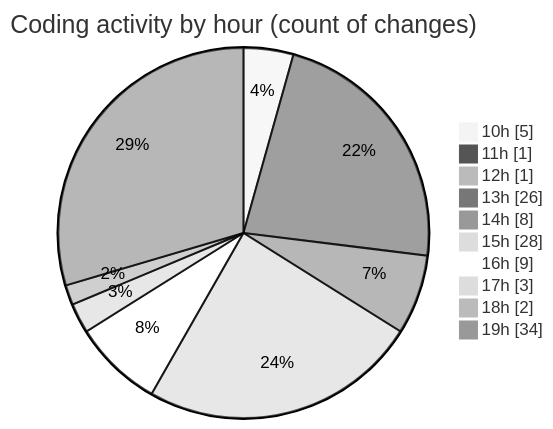
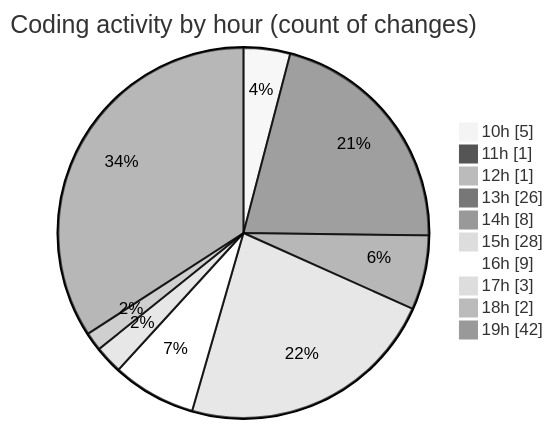
Before and after one commit to momahboobian/code-tracking: the second of 2 diagrams in 2026-04-21/cda/README.md, drawn with Mermaid (neutral theme). The commit also changed other lines of this file and 1 other file, not shown here.

````diff
--- a/2026-04-21/cda/README.md
+++ b/2026-04-21/cda/README.md
@@ -69,14 +70,14 @@
 ```mermaid
 pie showData
 title Coding activity by hour (count of changes)
 "10h" : 5
 "11h" : 1
 "12h" : 1
 "13h" : 26
 "14h" : 8
 "15h" : 28
 "16h" : 9
 "17h" : 3
 "18h" : 2
-"19h" : 34
+"19h" : 42
 ```
````
